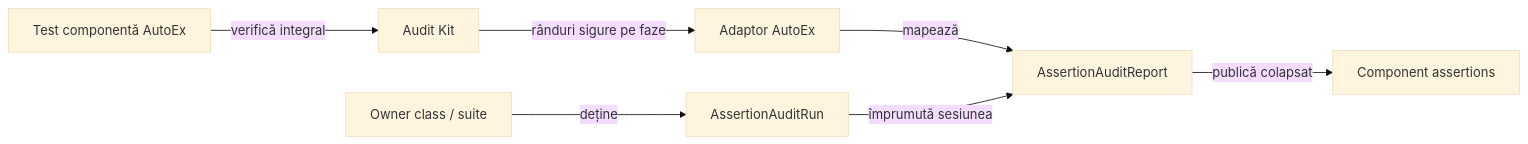
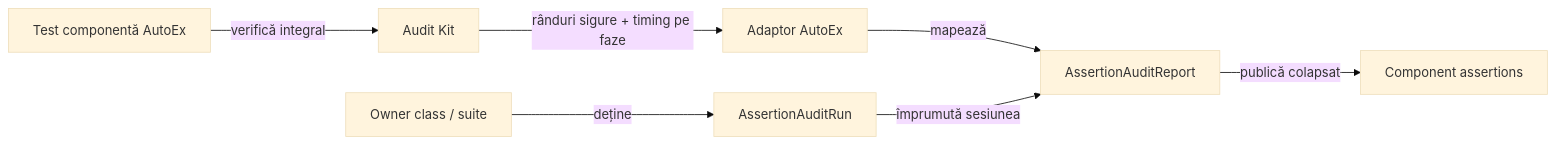
One commit to crististefanita/atf_j0 changed the seventh of 8 diagrams in atf-test-auto-ex/README.md. Above: the diagram before and after it, drawn with Mermaid (base theme). The commit also changed other lines of this file and 88 other files, not shown here.

````diff
--- a/atf-test-auto-ex/README.md
+++ b/atf-test-auto-ex/README.md
@@ -793,9 +794,9 @@
 ```mermaid
 flowchart LR
     Test[Test componentă AutoEx] -->|verifică integral| Kit[Audit Kit]
-    Kit -->|rânduri sigure pe faze| Adapter[Adaptor AutoEx]
+    Kit -->|rânduri sigure + timing pe faze| Adapter[Adaptor AutoEx]
     Adapter -->|mapează| Report[AssertionAuditReport]
     Scope["Owner class / suite"] -->|deține| Run[AssertionAuditRun]
     Run -->|împrumută sesiunea| Report
     Report -->|publică colapsat| Step[Component assertions]
 ```
````
